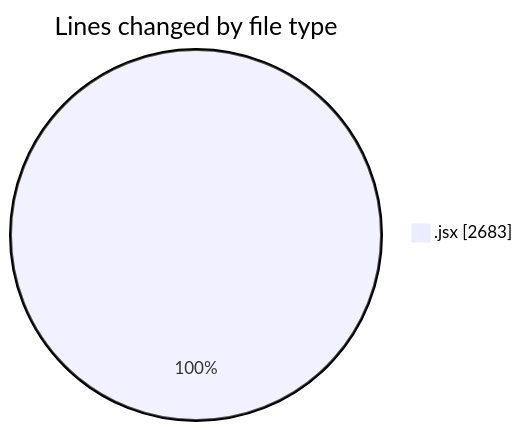
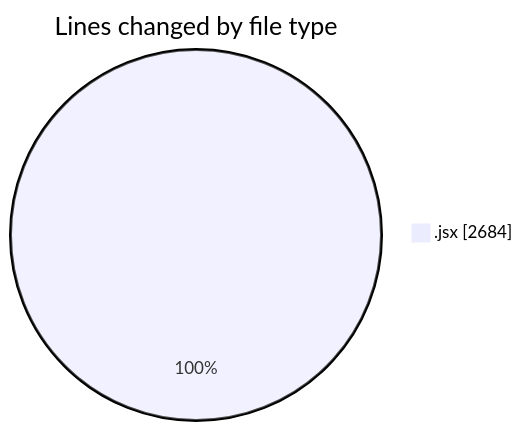
Before and after one commit to nxtqubesakshisongat/code-tracking: the first of 2 diagrams in 2025-07-08/argos/README.md, drawn with Mermaid. The commit also changed other lines of this file and 1 other file, not shown here.

````diff
--- a/2025-07-08/argos/README.md
+++ b/2025-07-08/argos/README.md
@@ -21,5 +21,5 @@
 ```mermaid
 pie showData
 title Lines changed by file type
-".jsx" : 2683
+".jsx" : 2684
 ```
````
